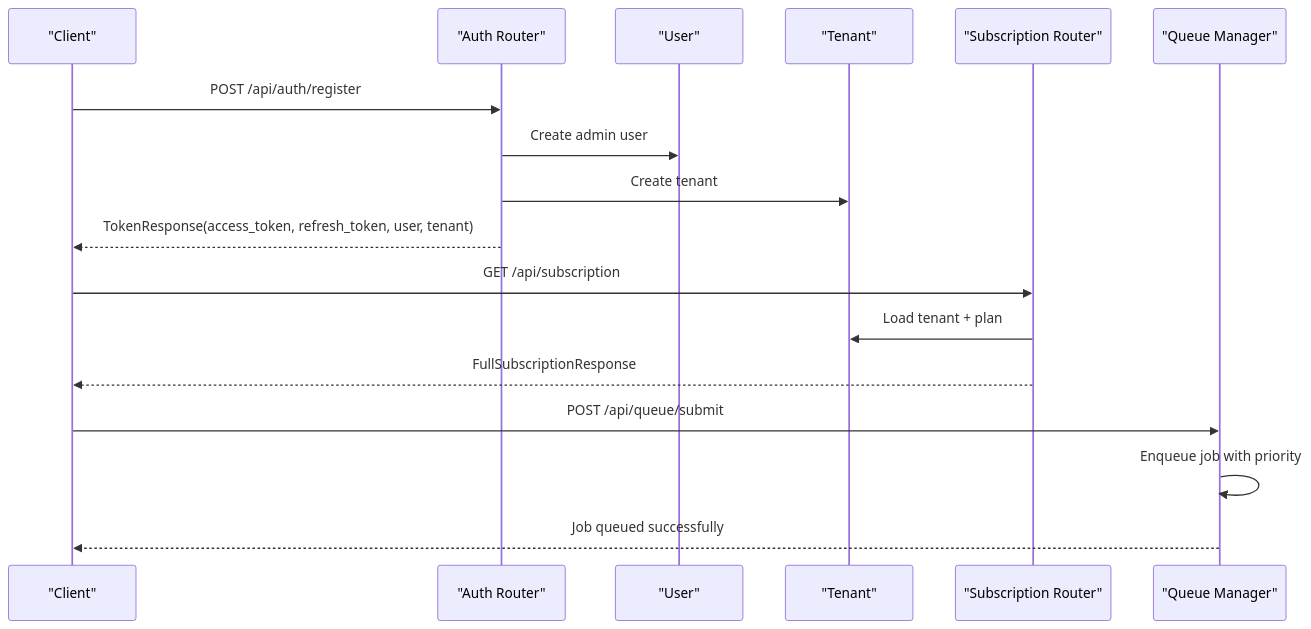
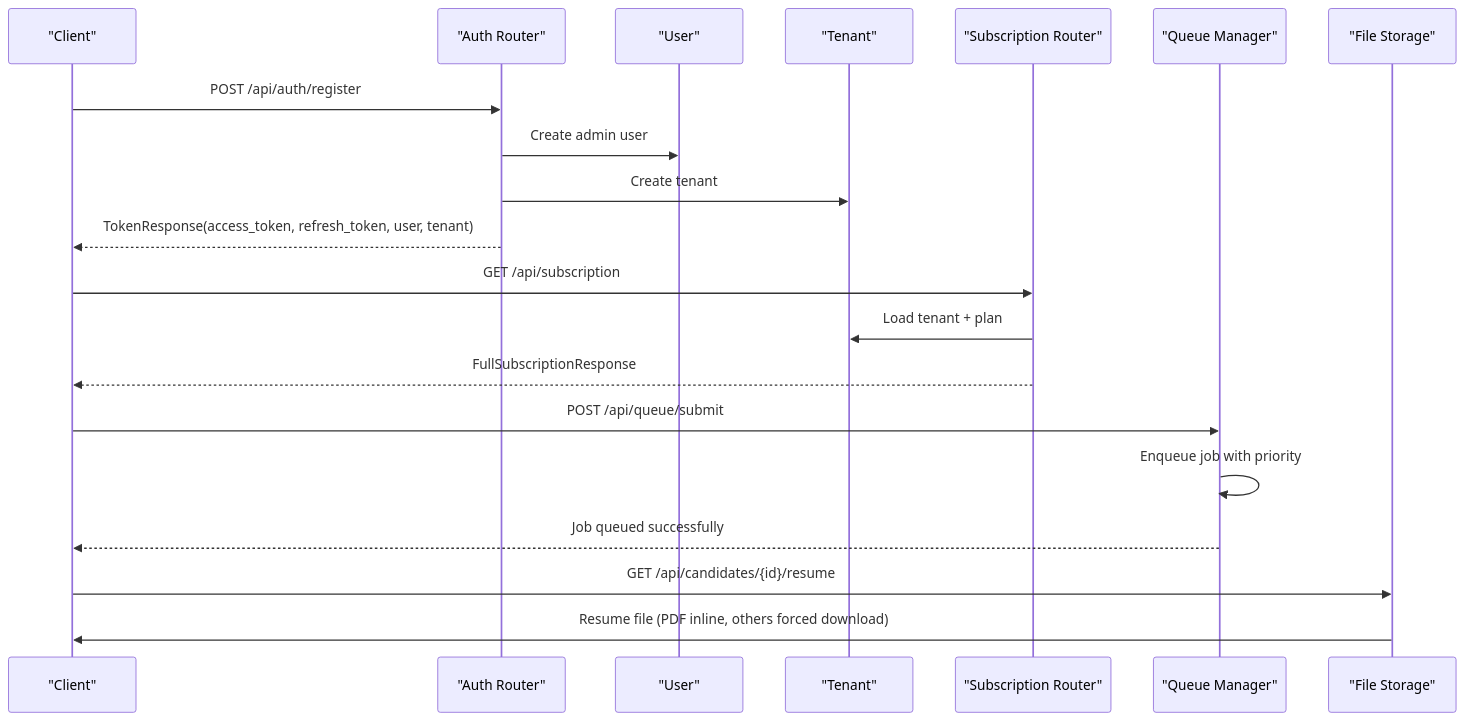
Before and after one commit to Revanththetalogics/aireume: the second of 4 diagrams in .qoder/repowiki/en/content/API Reference/API Reference.md, drawn with Mermaid. The commit also changed other lines of this file and 7 other files, not shown here.

````diff
--- a/.qoder/repowiki/en/content/API Reference/API Reference.md
+++ b/.qoder/repowiki/en/content/API Reference/API Reference.md
@@ -197,19 +201,22 @@
 ```mermaid
 sequenceDiagram
 participant C as "Client"
 participant A as "Auth Router"
 participant U as "User"
 participant T as "Tenant"
 participant S as "Subscription Router"
 participant Q as "Queue Manager"
+participant F as "File Storage"
 C->>A : POST /api/auth/register
 A->>U : Create admin user
 A->>T : Create tenant
 A-->>C : TokenResponse(access_token, refresh_token, user, tenant)
 C->>S : GET /api/subscription
 S->>T : Load tenant + plan
 S-->>C : FullSubscriptionResponse
 C->>Q : POST /api/queue/submit
 Q->>Q : Enqueue job with priority
 Q-->>C : Job queued successfully
+C->>F : GET /api/candidates/{id}/resume
+F->>C : Resume file (PDF inline, others forced download)
 ```
````
